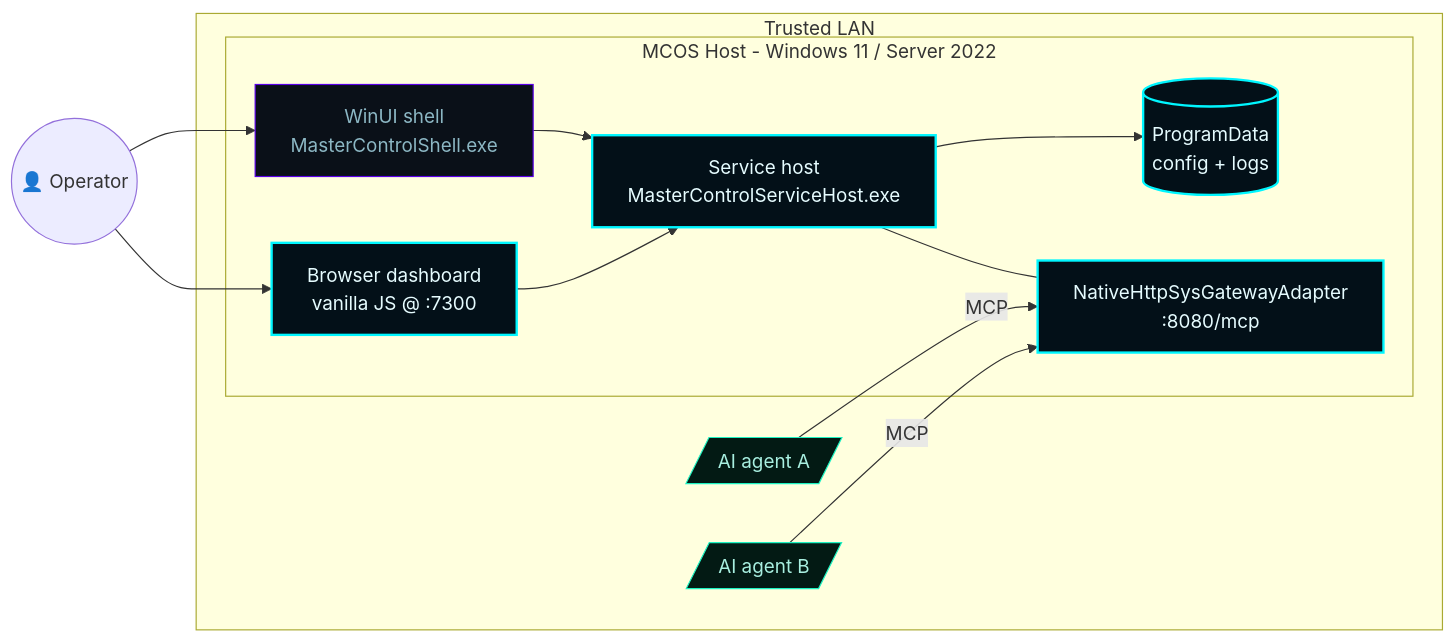
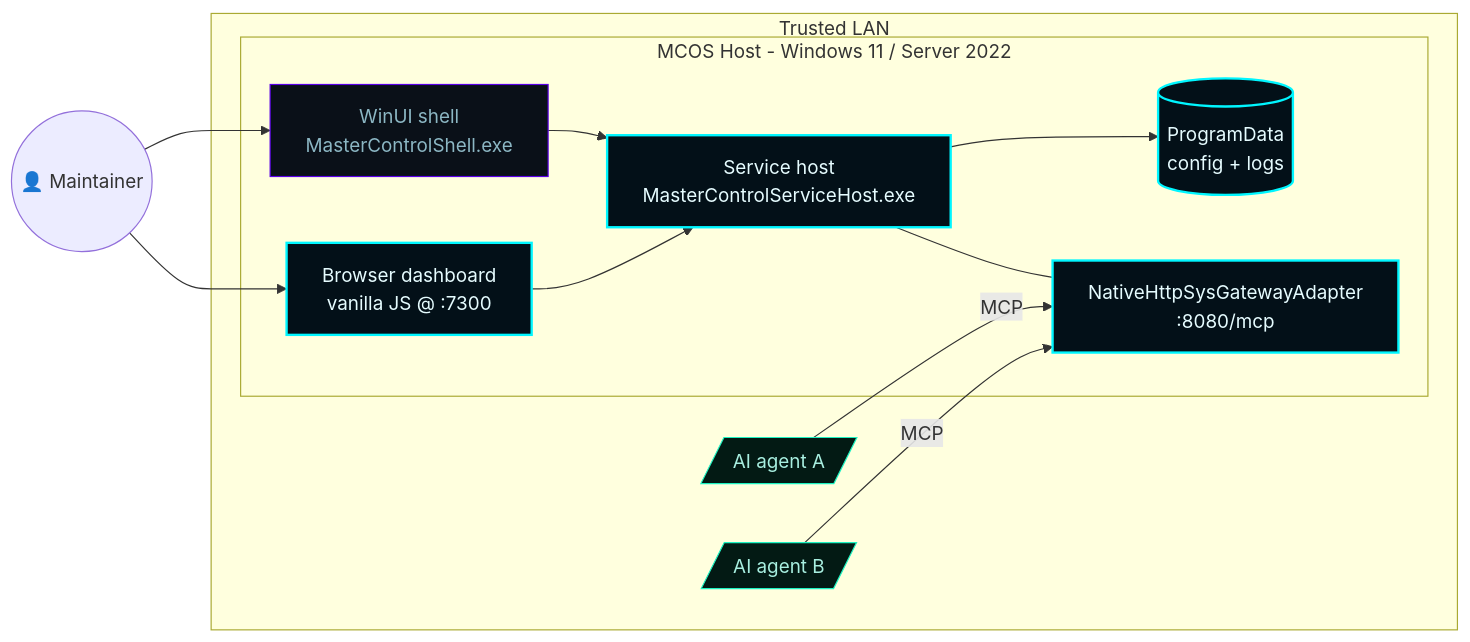
Before and after one commit to flynn33/Master-Control-Orchestration-Server: the first of 6 diagrams in docs/wiki/Infrastructure.md, drawn with Mermaid. The commit also changed other lines of this file and 20 other files, not shown here.

````diff
--- a/docs/wiki/Infrastructure.md
+++ b/docs/wiki/Infrastructure.md
@@ -18,27 +18,27 @@
 ```mermaid
 flowchart LR
     classDef accent fill:#031018,stroke:#00F6FF,color:#E6FCFF,stroke-width:2px;
     classDef good fill:#031a14,stroke:#1cf2c1,color:#a8efe0;
     classDef faint fill:#0a1018,stroke:#5A00E8,color:#8CB7C4;
 
     subgraph LAN[Trusted LAN]
         subgraph MCOS[MCOS Host - Windows 11 / Server 2022]
             Service[Service host<br/>MasterControlServiceHost.exe]:::accent
             Shell[WinUI shell<br/>MasterControlShell.exe]:::faint
             Browser[Browser dashboard<br/>vanilla JS @ :7300]:::accent
             Data[(ProgramData<br/>config + logs)]:::accent
             Gateway[NativeHttpSysGatewayAdapter<br/>:8080/mcp]:::accent
         end
         AgentA[/AI agent A/]:::good
         AgentB[/AI agent B/]:::good
     end
 
-    Operator((👤 Operator)) --> Browser
-    Operator --> Shell
+    Maintainer((👤 Maintainer)) --> Browser
+    Maintainer --> Shell
     Shell --> Service
     Browser --> Service
     Service --> Data
     Service --- Gateway
     AgentA -- MCP --> Gateway
     AgentB -- MCP --> Gateway
 ```
````
